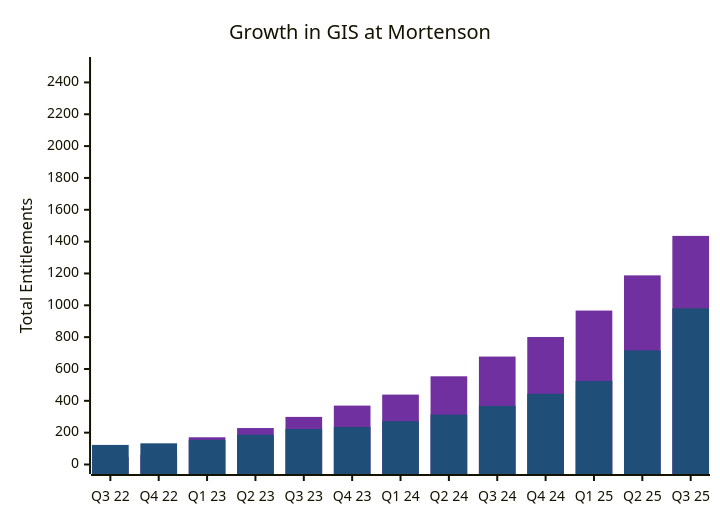
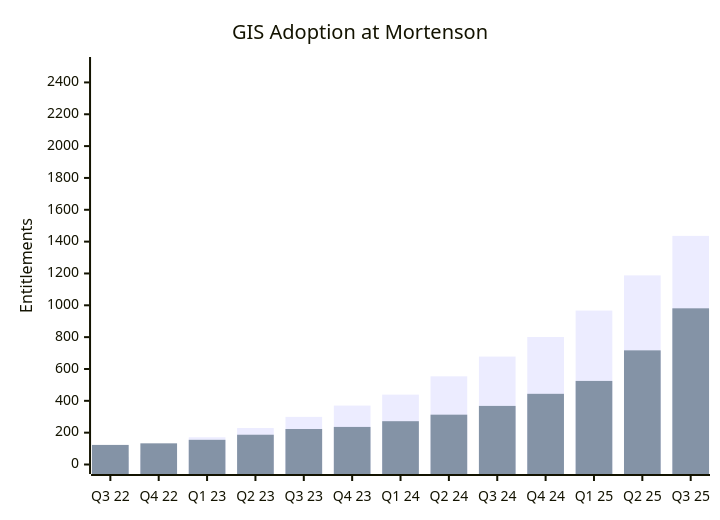
Before and after one commit to VFRoderick/vfroderick.github.io: the diagram in src/index.md, drawn with Mermaid. The commit also changed 2 other files, not shown here.

Commit message:
mermaid suuuuucks

````diff
--- a/src/index.md
+++ b/src/index.md
@@ -44,16 +44,8 @@
 ```mermaid
----
-config:
-  themeVariables:
-    xyChart:
-      plotColorPalette: "#7030a0, #1f4e79"
----
 xychart
-    title "Growth in GIS at Mortenson"
+    title "GIS Adoption at Mortenson"
     x-axis ["Q3 22", "Q4 22", "Q1 23", "Q2 23", "Q3 23", "Q4 23", "Q1 24", "Q2 24", "Q3 24", "Q4 24", "Q1 25", "Q2 25", "Q3 25"]
-    y-axis "Total Entitlements" 0 --> 2500
-    %% Enterprise Entitlements (Purple)
+    y-axis "Entitlements" 0 --> 2500
     bar [47, 61, 171, 229, 299, 370, 439, 554, 678, 801, 967, 1188, 1436]
-    %% AGOL Entitlements (Blue)
     bar [123, 133, 155, 187, 223, 236, 272, 313, 368, 444, 525, 717, 981]
 ```
````
